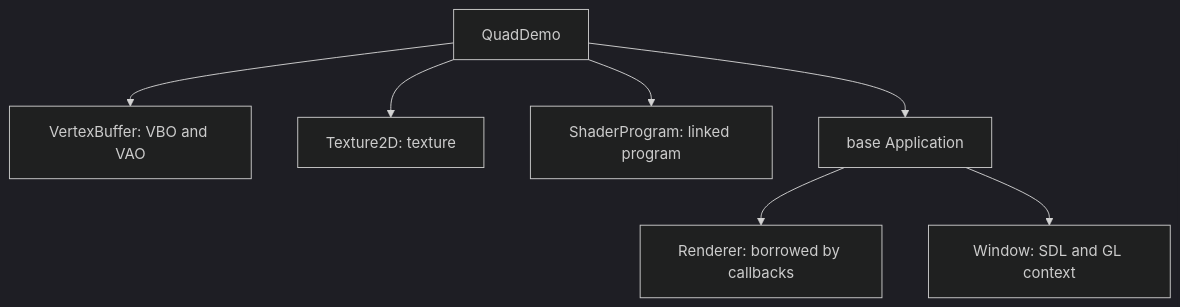
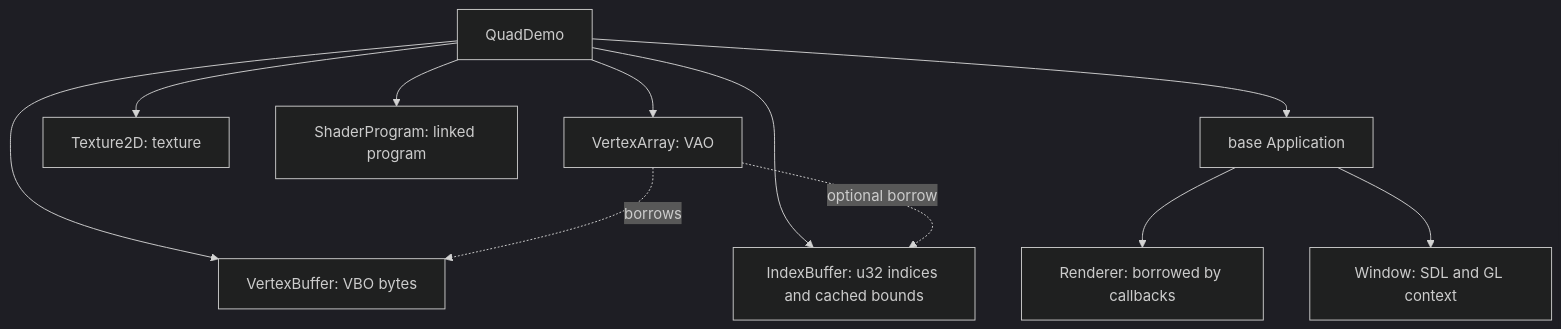
Before and after one commit to vquanghuy/frostwind-engine: the second of 2 diagrams in docs/rendering-guide.md, drawn with Mermaid (dark theme). The commit also changed other lines of this file and 20 other files, not shown here.

````diff
--- a/docs/rendering-guide.md
+++ b/docs/rendering-guide.md
@@ -121,9 +171,13 @@
 ```mermaid
 flowchart TD
-    Demo[QuadDemo] --> Vertices[VertexBuffer: VBO and VAO]
+    Demo[QuadDemo] --> Vertices[VertexBuffer: VBO bytes]
+    Demo --> Indices[IndexBuffer: u32 indices and cached bounds]
+    Demo --> Array[VertexArray: VAO]
+    Array -. borrows .-> Vertices
+    Array -. optional borrow .-> Indices
     Demo --> Texture[Texture2D: texture]
     Demo --> Program[ShaderProgram: linked program]
     Demo --> Base[base Application]
     Base --> Renderer[Renderer: borrowed by callbacks]
     Base --> Window[Window: SDL and GL context]
 ```
````
